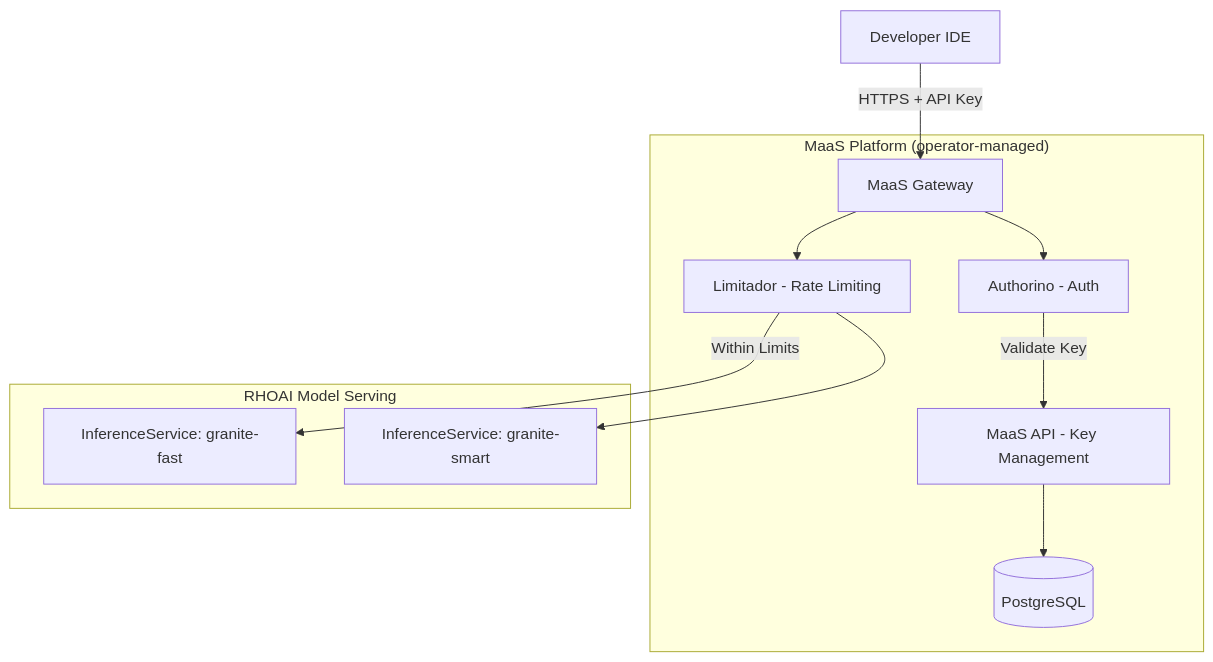
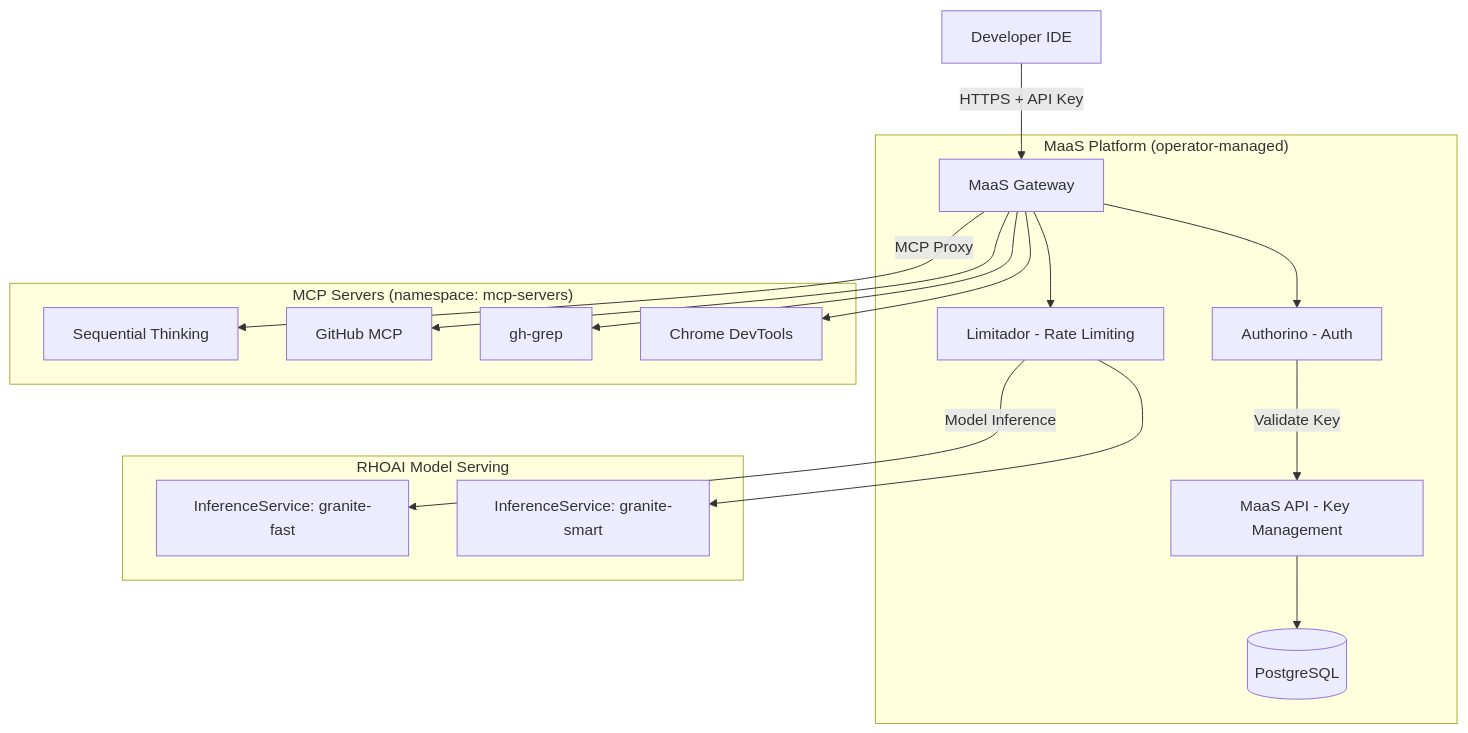
Before and after one commit to hyogrin/rhoai-coding-assistant-lab: the third of 3 diagrams in 2_ai_gateway/1_maas_overview.md, drawn with Mermaid. The commit also changed other lines of this file and 10 other files, not shown here.

````diff
--- a/2_ai_gateway/1_maas_overview.md
+++ b/2_ai_gateway/1_maas_overview.md
@@ -41,23 +47,34 @@
 ```mermaid
 flowchart TB
     subgraph "MaaS Platform (operator-managed)"
         Gateway[MaaS Gateway]
         Authorino[Authorino - Auth]
         Limitador[Limitador - Rate Limiting]
         MaaSAPI[MaaS API - Key Management]
         PG[(PostgreSQL)]
         MaaSAPI --> PG
     end
 
     subgraph "RHOAI Model Serving"
         IS1[InferenceService: granite-fast]
         IS2[InferenceService: granite-smart]
     end
 
+    subgraph "MCP Servers (namespace: mcp-servers)"
+        MCP1[Sequential Thinking]
+        MCP2[GitHub MCP]
+        MCP3[gh-grep]
+        MCP4[Chrome DevTools]
+    end
+
     IDE[Developer IDE] -->|HTTPS + API Key| Gateway
     Gateway --> Authorino
     Authorino -->|Validate Key| MaaSAPI
     Gateway --> Limitador
-    Limitador -->|Within Limits| IS1
+    Limitador -->|Model Inference| IS1
     Limitador --> IS2
+    Gateway -->|MCP Proxy| MCP1
+    Gateway --> MCP2
+    Gateway --> MCP3
+    Gateway --> MCP4
 ```
````
